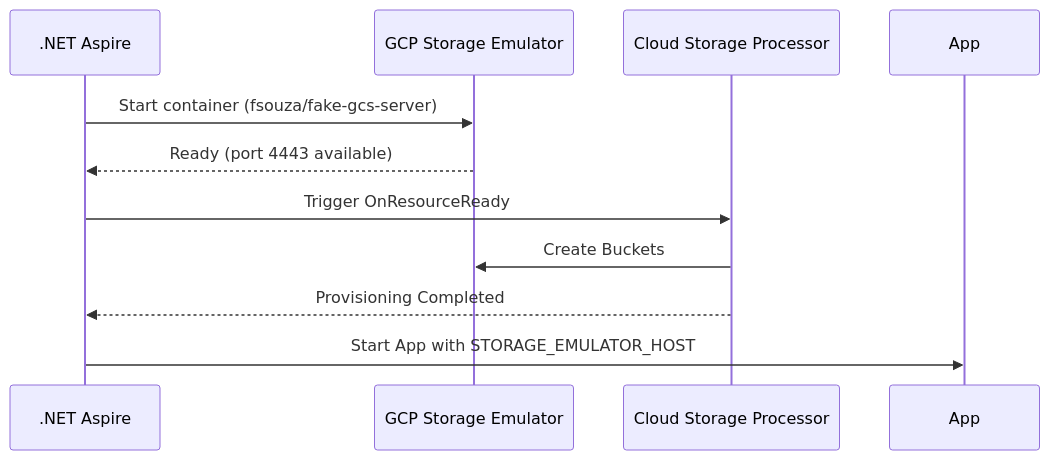
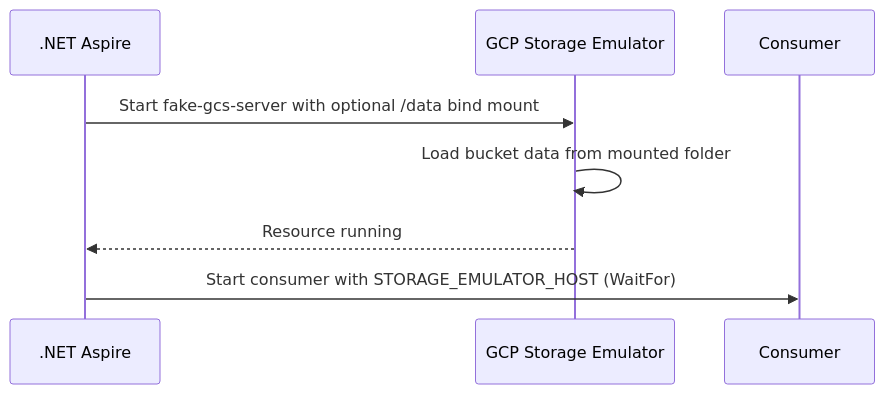
Before and after one commit to Marcus-V-Freitas/MVFC.Aspire.Helpers: the first of 2 diagrams in src/MVFC.Aspire.Helpers.CloudStorage/README.md, drawn with Mermaid. The commit also changed other lines of this file and 74 other files, not shown here.

````diff
--- a/src/MVFC.Aspire.Helpers.CloudStorage/README.md
+++ b/src/MVFC.Aspire.Helpers.CloudStorage/README.md
@@ -83,13 +86,11 @@
 ```mermaid
 sequenceDiagram
     participant Aspire as .NET Aspire
     participant Container as GCP Storage Emulator
-    participant Configurator as Cloud Storage Processor
-    
-    Aspire->>Container: Start container (fsouza/fake-gcs-server)
-    Container-->>Aspire: Ready (port 4443 available)
-    Aspire->>Configurator: Trigger OnResourceReady
-    Configurator->>Container: Create Buckets
-    Configurator-->>Aspire: Provisioning Completed
-    Aspire->>App: Start App with STORAGE_EMULATOR_HOST
+    participant App as Consumer
+
+    Aspire->>Container: Start fake-gcs-server with optional /data bind mount
+    Container->>Container: Load bucket data from mounted folder
+    Container-->>Aspire: Resource running
+    Aspire->>App: Start consumer with STORAGE_EMULATOR_HOST (WaitFor)
 ```
````
